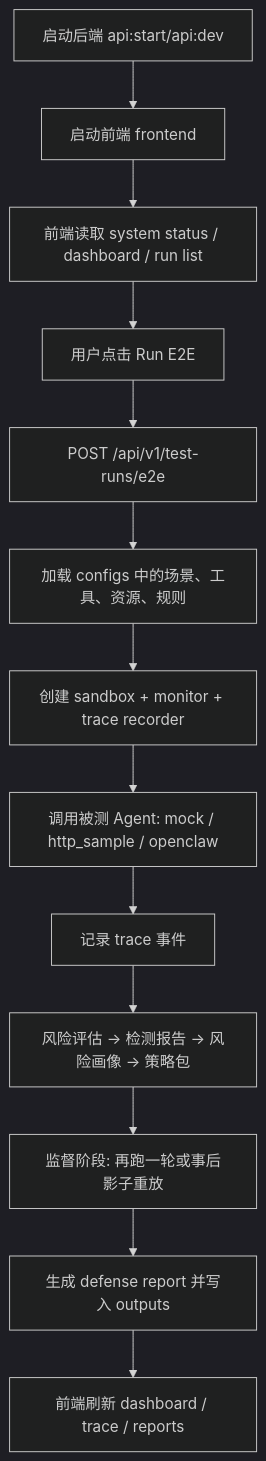
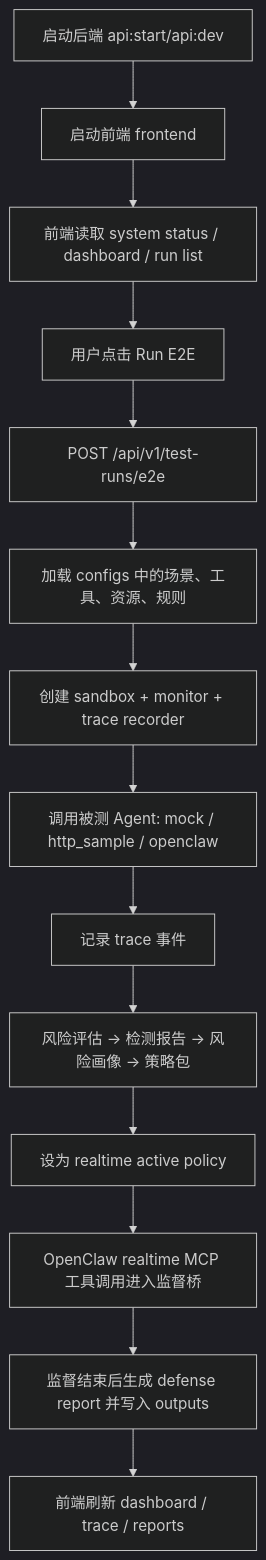
One commit to wuyang39/agent-guard changed the diagram in docs/project-runtime-explained.md. Above: the diagram before and after it, drawn with Mermaid (dark theme). The commit also changed other lines of this file and 20 other files, not shown here.

Commit message:
Align OpenClaw supervision flow

````diff
--- a/docs/project-runtime-explained.md
+++ b/docs/project-runtime-explained.md
@@ -923,15 +926,16 @@
 ```mermaid
 flowchart TD
     A["启动后端 api:start/api:dev"] --> B["启动前端 frontend"]
     B --> C["前端读取 system status / dashboard / run list"]
     C --> D["用户点击 Run E2E"]
     D --> E["POST /api/v1/test-runs/e2e"]
     E --> F["加载 configs 中的场景、工具、资源、规则"]
     F --> G["创建 sandbox + monitor + trace recorder"]
     G --> H["调用被测 Agent: mock / http_sample / openclaw"]
     H --> I["记录 trace 事件"]
     I --> J["风险评估 -> 检测报告 -> 风险画像 -> 策略包"]
-    J --> K["监督阶段: 再跑一轮或事后影子重放"]
-    K --> L["生成 defense report 并写入 outputs"]
-    L --> M["前端刷新 dashboard / trace / reports"]
+    J --> K["设为 realtime active policy"]
+    K --> L["OpenClaw realtime MCP 工具调用进入监督桥"]
+    L --> M["监督结束后生成 defense report 并写入 outputs"]
+    M --> N["前端刷新 dashboard / trace / reports"]
 ```
````
